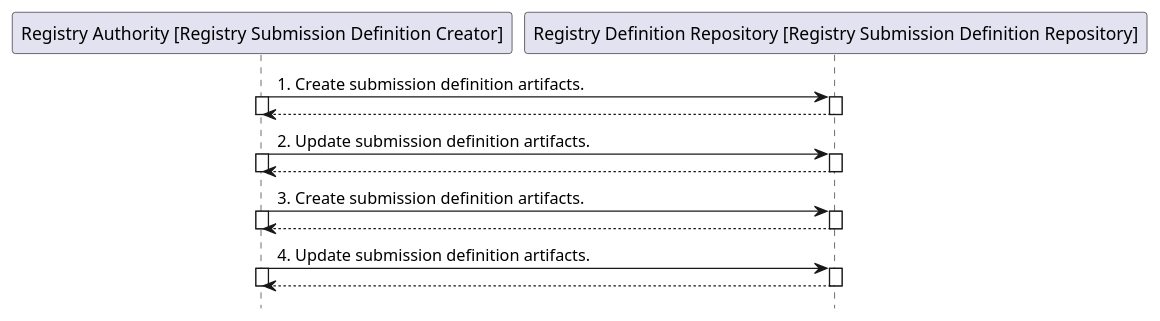
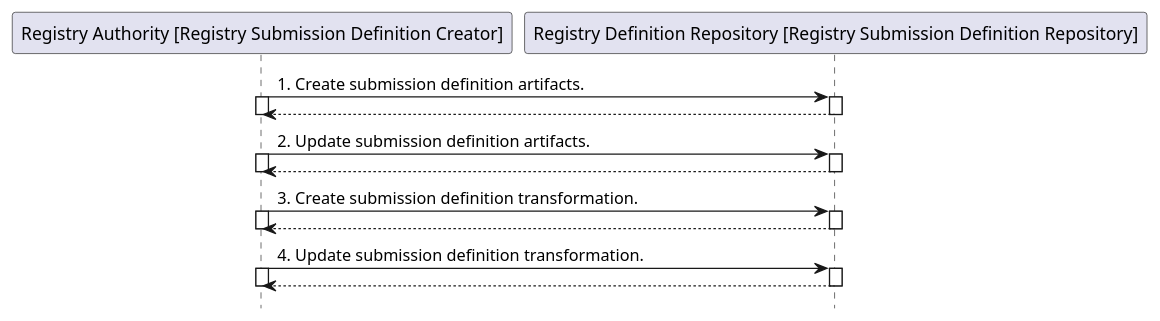
One commit to HL7/fhir-registry-protocols-ig changed the diagram in input/images-source/usecase-DefineSubmission-processflow.plantuml. Above: the diagram before and after it, drawn with PlantUML. The commit also changed 5 other files, not shown here.

```diff
--- a/input/images-source/usecase-DefineSubmission-processflow.plantuml
+++ b/input/images-source/usecase-DefineSubmission-processflow.plantuml
@@ -4,29 +4,29 @@
 @startuml
 hide footbox
 participant "Registry Authority [Registry Submission Definition Creator]" as RSDC
 participant "Registry Definition Repository [Registry Submission Definition Repository]" as RSDR
 "RSDC" -> "RSDR" : 1. Create submission definition artifacts.
 activate "RSDC"
 activate "RSDR"
 return
 deactivate "RSDC"
 deactivate "RSDR"
 "RSDC" -> "RSDR" : 2. Update submission definition artifacts.
 activate "RSDC"
 activate "RSDR"
 return
 deactivate "RSDC"
 deactivate "RSDR"
-"RSDC" -> "RSDR" : 3. Create submission definition artifacts.
+"RSDC" -> "RSDR" : 3. Create submission definition transformation.
 activate "RSDC"
 activate "RSDR"
 return
 deactivate "RSDC"
 deactivate "RSDR"
-"RSDC" -> "RSDR" : 4. Update submission definition artifacts.
+"RSDC" -> "RSDR" : 4. Update submission definition transformation.
 activate "RSDC"
 activate "RSDR"
 return
 deactivate "RSDC"
 deactivate "RSDR"
 @enduml
```
